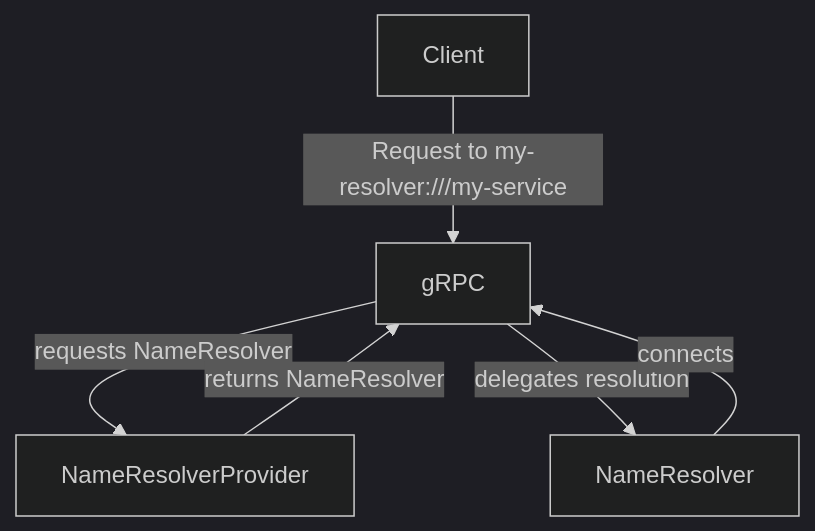
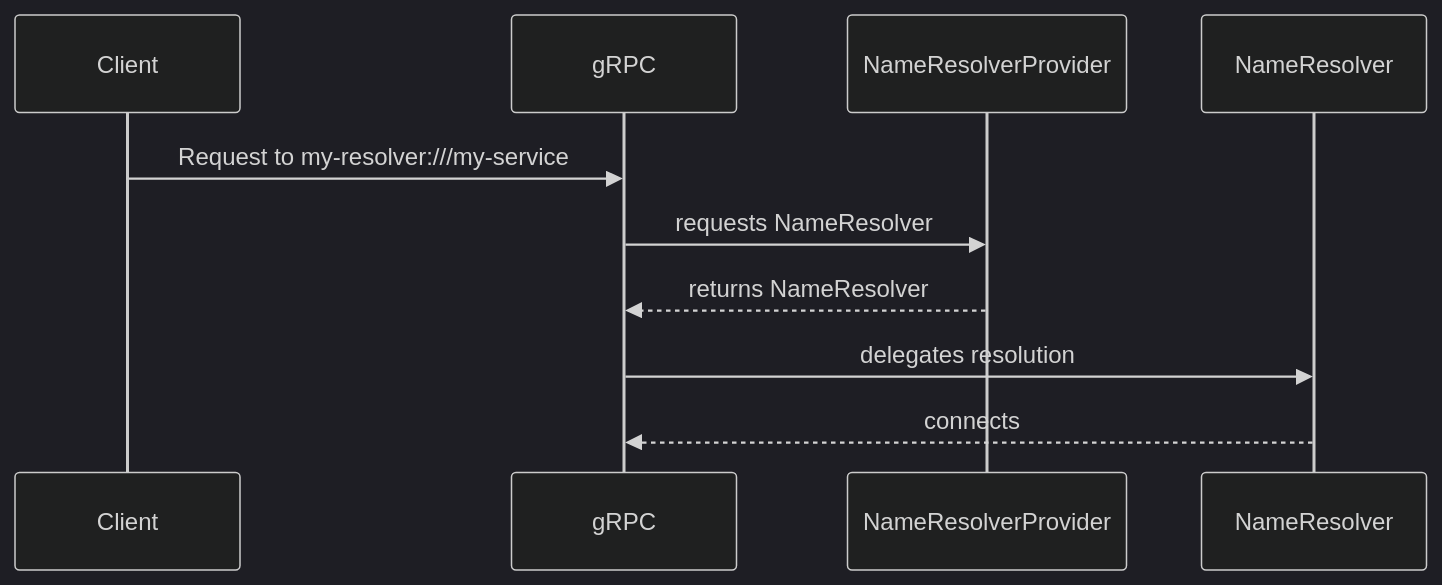
One commit to grpc/grpc.io changed the diagram in content/en/docs/guides/custom-name-resolution.md. Above: the diagram before and after it, drawn with Mermaid (dark theme). The commit also changed other lines of this file, not shown here.

````diff
--- a/content/en/docs/guides/custom-name-resolution.md
+++ b/content/en/docs/guides/custom-name-resolution.md
@@ -87,9 +87,8 @@
 ```mermaid
-flowchart TB
-  Client -->|Request to my-resolver:///my-service| gRPC
-
-  gRPC -->|requests NameResolver| NameResolverProvider
-  NameResolverProvider -->|returns NameResolver| gRPC
-  gRPC -->|delegates resolution| NameResolver
-  NameResolver -->|connects| gRPC
+sequenceDiagram
+  Client ->> gRPC: Request to my-resolver:///my-service
+  gRPC ->> NameResolverProvider: requests NameResolver
+  NameResolverProvider -->> gRPC: returns NameResolver
+  gRPC ->> NameResolver: delegates resolution
+  NameResolver -->> gRPC: connects
 ```
````
